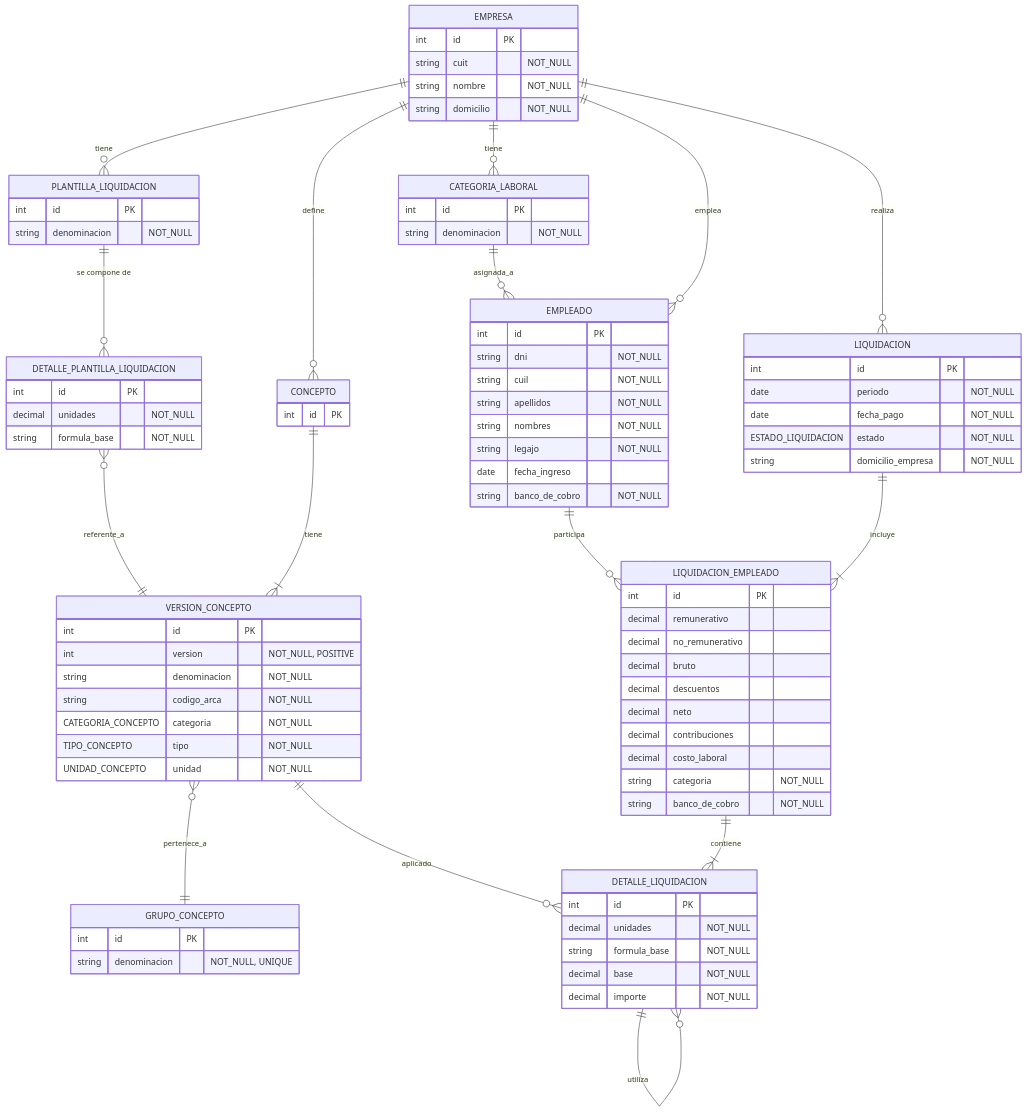
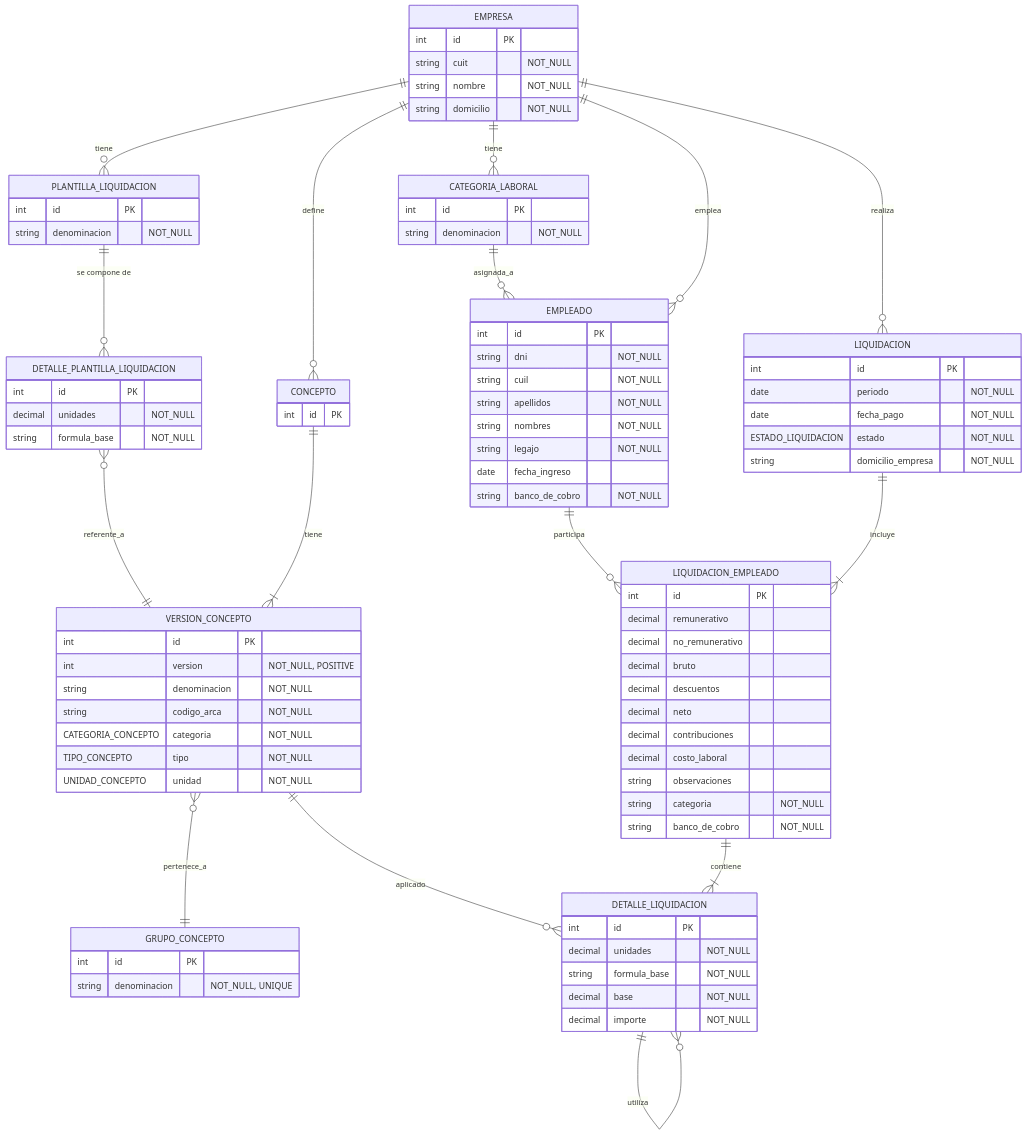
One commit to IgnacioAusili/ms_contable changed the diagram in docs/db/der.md. Above: the diagram before and after it, drawn with Mermaid. The commit also changed 23 other files, not shown here.

```diff
--- a/docs/db/der.md
+++ b/docs/db/der.md
@@ -140,6 +140,8 @@
         decimal neto
         decimal contribuciones
         decimal costo_laboral
+        %% DJANGO BLANK: true
+        string observaciones
         %% snapshot de los datos maestros que son necesarios y que podrian cambiar
         %% DJANGO BLANK: false
         string categoria "NOT_NULL"
```
